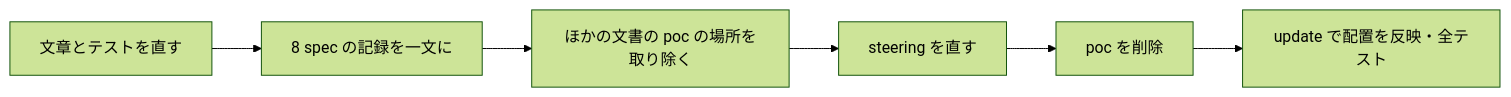
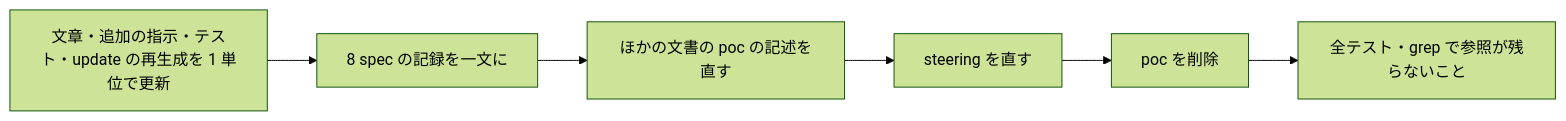
Before and after one commit to nekono-dev/cc-sdd-bootstrap: the third of 3 diagrams in .kiro/specs/poc-records/design.md, drawn with Mermaid (forest theme). The commit also changed other lines of this file and 3 other files, not shown here.

````diff
--- a/.kiro/specs/poc-records/design.md
+++ b/.kiro/specs/poc-records/design.md
@@ -285,8 +287,8 @@
 ```mermaid
 flowchart LR
-  A[文章とテストを直す] --> B[8 spec の記録を一文に]
-  B --> C[ほかの文書の poc の場所を取り除く]
+  A[文章・追加の指示・テスト・update の再生成を 1 単位で更新] --> B[8 spec の記録を一文に]
+  B --> C[ほかの文書の poc の記述を直す]
   C --> D[steering を直す]
   D --> E[poc を削除]
-  E --> F[update で配置を反映・全テスト]
+  E --> F[全テスト・grep で参照が残らないこと]
 ```
````
